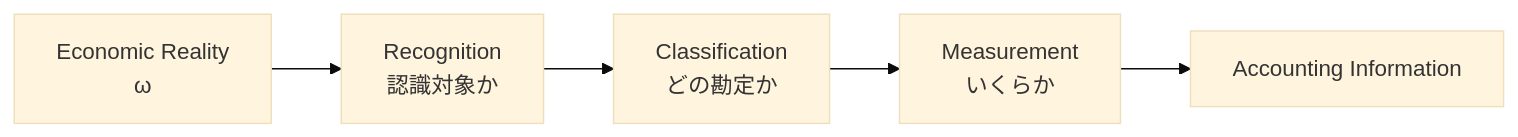
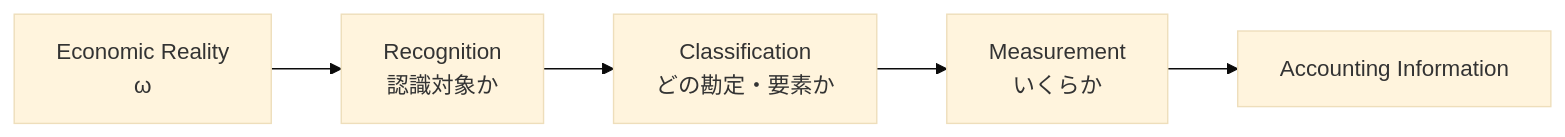
One commit to niikei/accounting-state-model changed the first of 2 diagrams in theory/01-reality-and-recognition.md. Above: the diagram before and after it, drawn with Mermaid (base theme). The commit also changed other lines of this file and 5 other files, not shown here.

````diff
--- a/theory/01-reality-and-recognition.md
+++ b/theory/01-reality-and-recognition.md
@@ -33,10 +78,10 @@
 ```mermaid
 flowchart LR
     W["Economic Reality<br/>ω"]
     R["Recognition<br/>認識対象か"]
-    C["Classification<br/>どの勘定か"]
+    C["Classification<br/>どの勘定・要素か"]
     M["Measurement<br/>いくらか"]
     I["Accounting Information"]
 
     W --> R --> C --> M --> I
 ```
````
